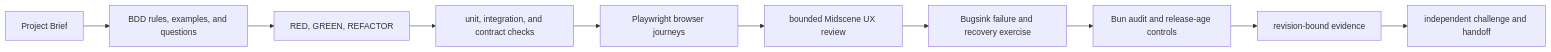
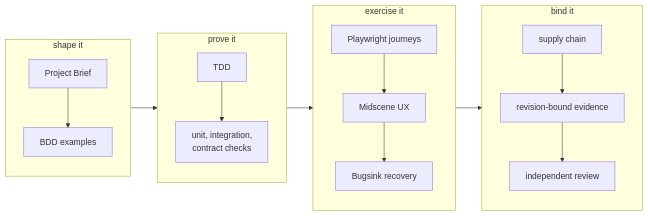
Before and after one commit to jamesdwilson/james-opinionated-llm-development-framework: the first of 2 diagrams in README.md, drawn with Mermaid. The commit also changed 3 other files, not shown here.

First line of the commit message:
group the busy diagrams into phase subgraphs

````diff
--- a/README.md
+++ b/README.md
@@ -9,12 +9,16 @@
 ```mermaid
 flowchart LR
-    B["Project Brief"] --> D["BDD rules, examples, and questions"]
-    D --> T["RED, GREEN, REFACTOR"]
-    T --> U["unit, integration, and contract checks"]
-    U --> P["Playwright browser journeys"]
-    P --> M["bounded Midscene UX review"]
-    M --> X["Bugsink failure and recovery exercise"]
-    X --> S["Bun audit and release-age controls"]
-    S --> E["revision-bound evidence"]
-    E --> R["independent challenge and handoff"]
+    subgraph SHAPE["shape it"]
+        B["Project Brief"] --> D["BDD examples"]
+    end
+    subgraph PROVE["prove it"]
+        T["TDD"] --> U["unit, integration,<br/>contract checks"]
+    end
+    subgraph FEEL["exercise it"]
+        P["Playwright journeys"] --> M["Midscene UX"] --> X["Bugsink recovery"]
+    end
+    subgraph BIND["bind it"]
+        S["supply chain"] --> E["revision-bound evidence"] --> R["independent review"]
+    end
+    SHAPE --> PROVE --> FEEL --> BIND
 ```
````
